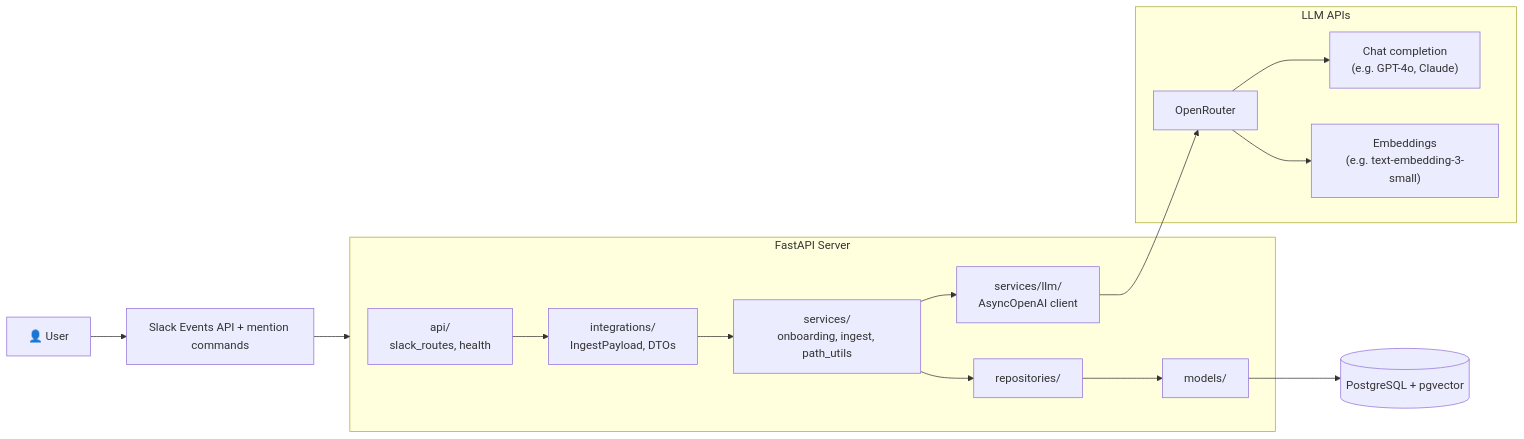
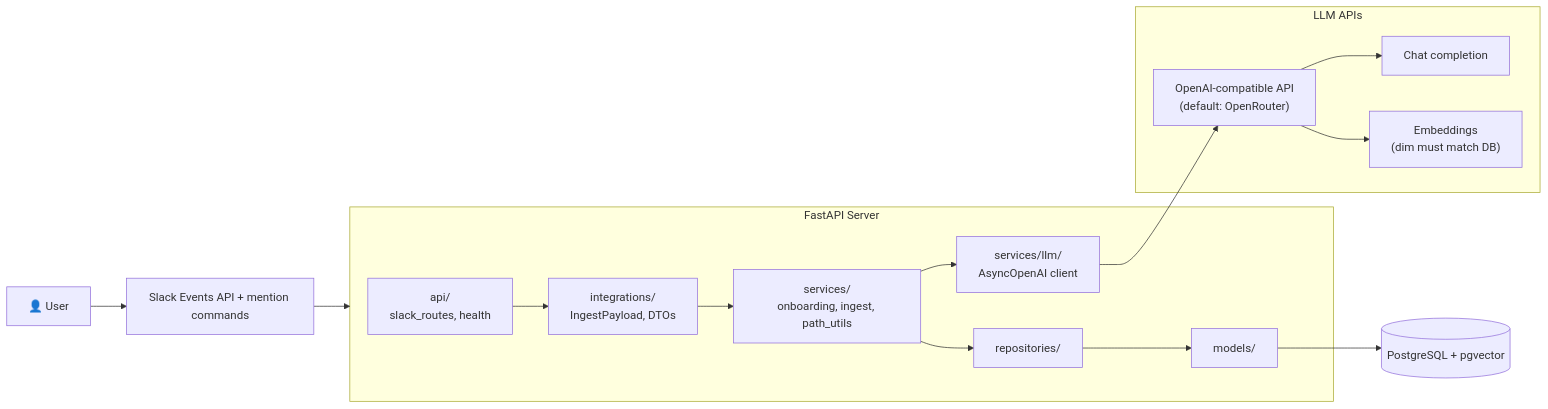
The diagram in docs/architecture.md (forest-fs/forest), drawn with Mermaid before and after one commit. The commit also changed other lines of this file and 19 other files, not shown here.

````diff
--- a/docs/architecture.md
+++ b/docs/architecture.md
@@ -11,22 +11,22 @@
 ```mermaid
 flowchart LR
     User["👤 User"] --> Slack[Slack Events API + mention commands] --> FastAPI
 
     subgraph FastAPI["FastAPI Server"]
         API["api/<br/>slack_routes, health"]
         API --> Integrations["integrations/<br/>IngestPayload, DTOs"]
         Integrations --> Services["services/<br/>onboarding, ingest, path_utils"]
         Services --> LLM["services/llm/<br/>AsyncOpenAI client"]
         Services --> Repos["repositories/"]
         Repos --> Models["models/"]
     end
 
-    LLM --> OpenRouter["OpenRouter"]
+    LLM --> LLMHttp["OpenAI-compatible API<br/>(default: OpenRouter)"]
 
     subgraph LLMAPIs["LLM APIs"]
-        OpenRouter --> ChatModel["Chat completion<br/>(e.g. GPT-4o, Claude)"]
-        OpenRouter --> EmbedModel["Embeddings<br/>(e.g. text-embedding-3-small)"]
+        LLMHttp --> ChatModel["Chat completion"]
+        LLMHttp --> EmbedModel["Embeddings<br/>(dim must match DB)"]
     end
 
     Models --> DB[(PostgreSQL + pgvector)]
 ```
````
